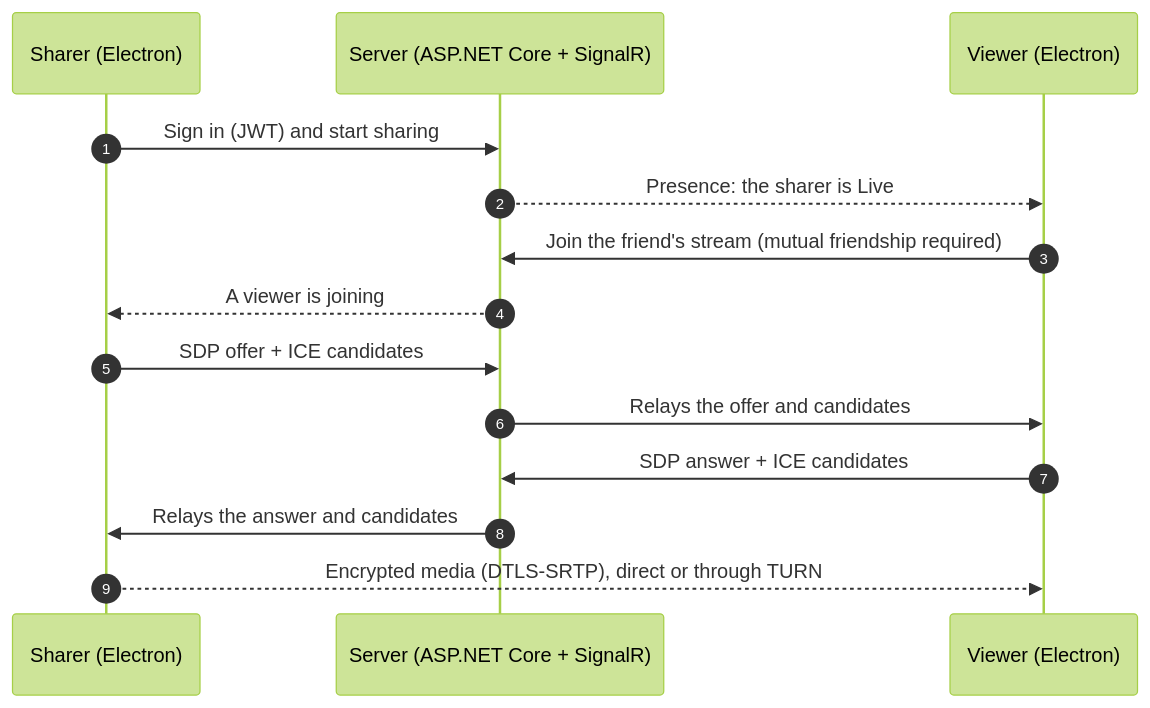
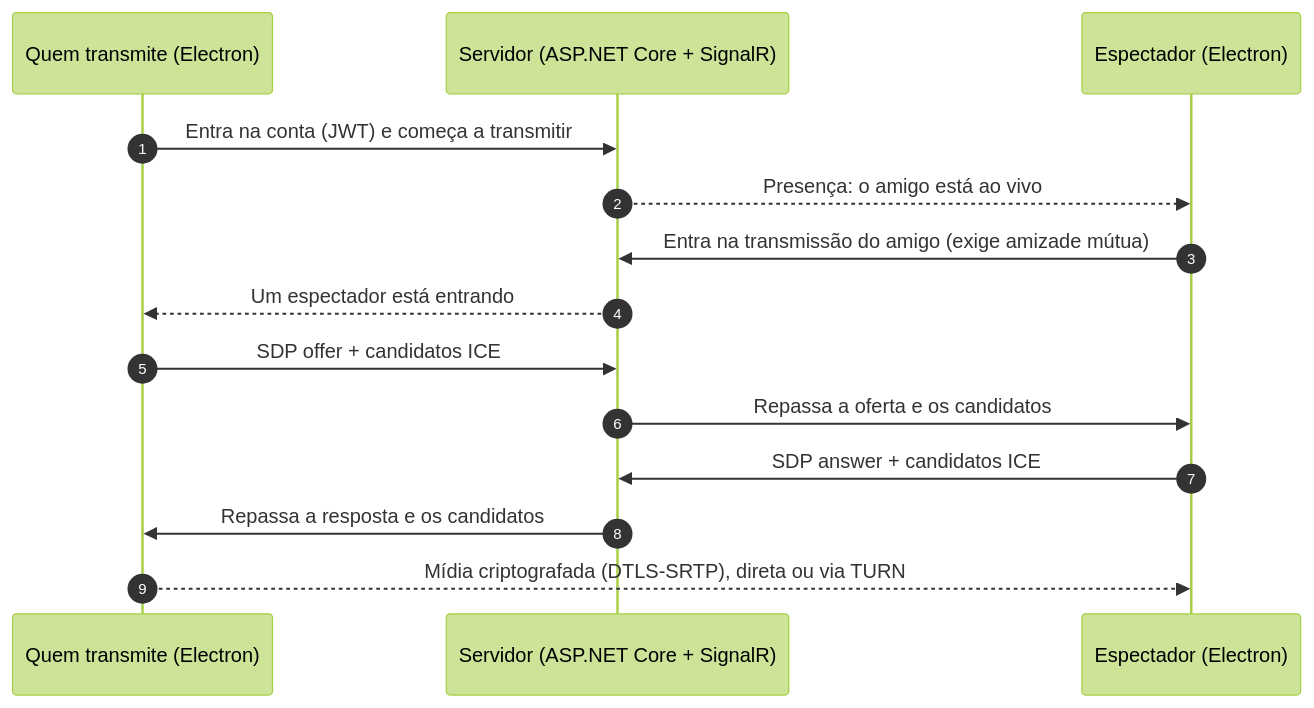
One commit to NicolasPortie/Telae changed the diagram in README.md. Above: the diagram before and after it, drawn with Mermaid (forest theme). The commit also changed other lines of this file and 40 other files, not shown here.

````diff
--- a/README.md
+++ b/README.md
@@ -93,16 +93,16 @@
 ```mermaid
 sequenceDiagram
     autonumber
-    participant S as Sharer (Electron)
-    participant H as Server (ASP.NET Core + SignalR)
-    participant V as Viewer (Electron)
-    S->>H: Sign in (JWT) and start sharing
-    H-->>V: Presence: the sharer is Live
-    V->>H: Join the friend's stream (mutual friendship required)
-    H-->>S: A viewer is joining
-    S->>H: SDP offer + ICE candidates
-    H->>V: Relays the offer and candidates
-    V->>H: SDP answer + ICE candidates
-    H->>S: Relays the answer and candidates
-    S-->>V: Encrypted media (DTLS-SRTP), direct or through TURN
+    participant S as Quem transmite (Electron)
+    participant H as Servidor (ASP.NET Core + SignalR)
+    participant V as Espectador (Electron)
+    S->>H: Entra na conta (JWT) e começa a transmitir
+    H-->>V: Presença: o amigo está ao vivo
+    V->>H: Entra na transmissão do amigo (exige amizade mútua)
+    H-->>S: Um espectador está entrando
+    S->>H: SDP offer + candidatos ICE
+    H->>V: Repassa a oferta e os candidatos
+    V->>H: SDP answer + candidatos ICE
+    H->>S: Repassa a resposta e os candidatos
+    S-->>V: Mídia criptografada (DTLS-SRTP), direta ou via TURN
 ```
````
